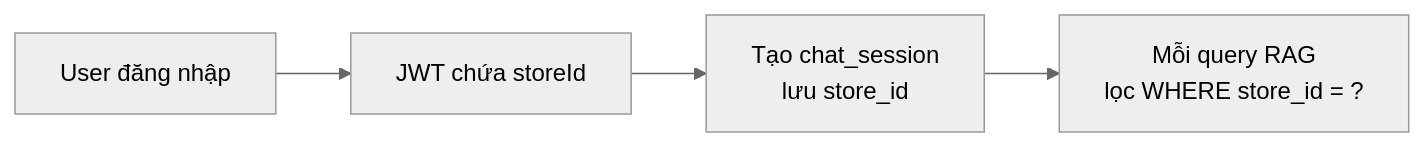
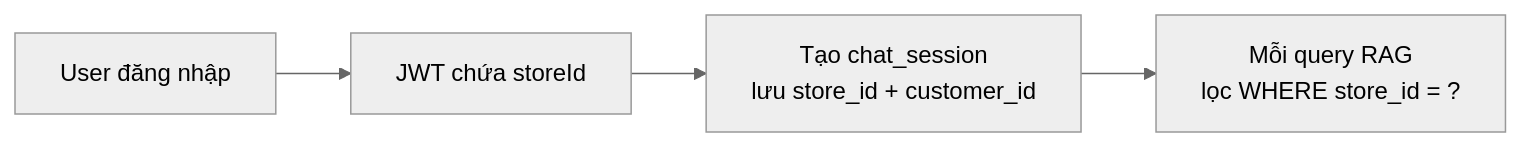
The seventh of 9 diagrams in docs/chatbot/bao-cao-chatbot-rag.md (PhatNguyenTT2/microservices), drawn with Mermaid (neutral theme) before and after one commit. The commit also changed other lines of this file, not shown here.

````diff
--- a/docs/chatbot/bao-cao-chatbot-rag.md
+++ b/docs/chatbot/bao-cao-chatbot-rag.md
@@ -579,6 +538,6 @@
 ```mermaid
 graph LR
     A["User đăng nhập"] --> B["JWT chứa storeId"]
-    B --> C["Tạo chat_session<br/>lưu store_id"]
+    B --> C["Tạo chat_session<br/>lưu store_id + customer_id"]
     C --> D["Mỗi query RAG<br/>lọc WHERE store_id = ?"]
 ```
````
